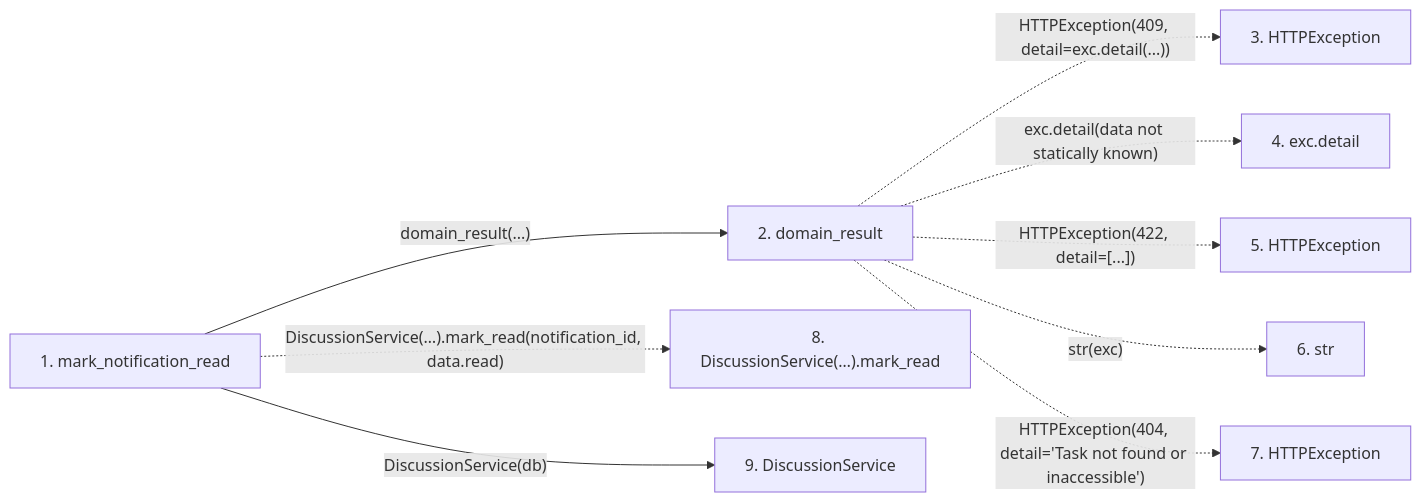
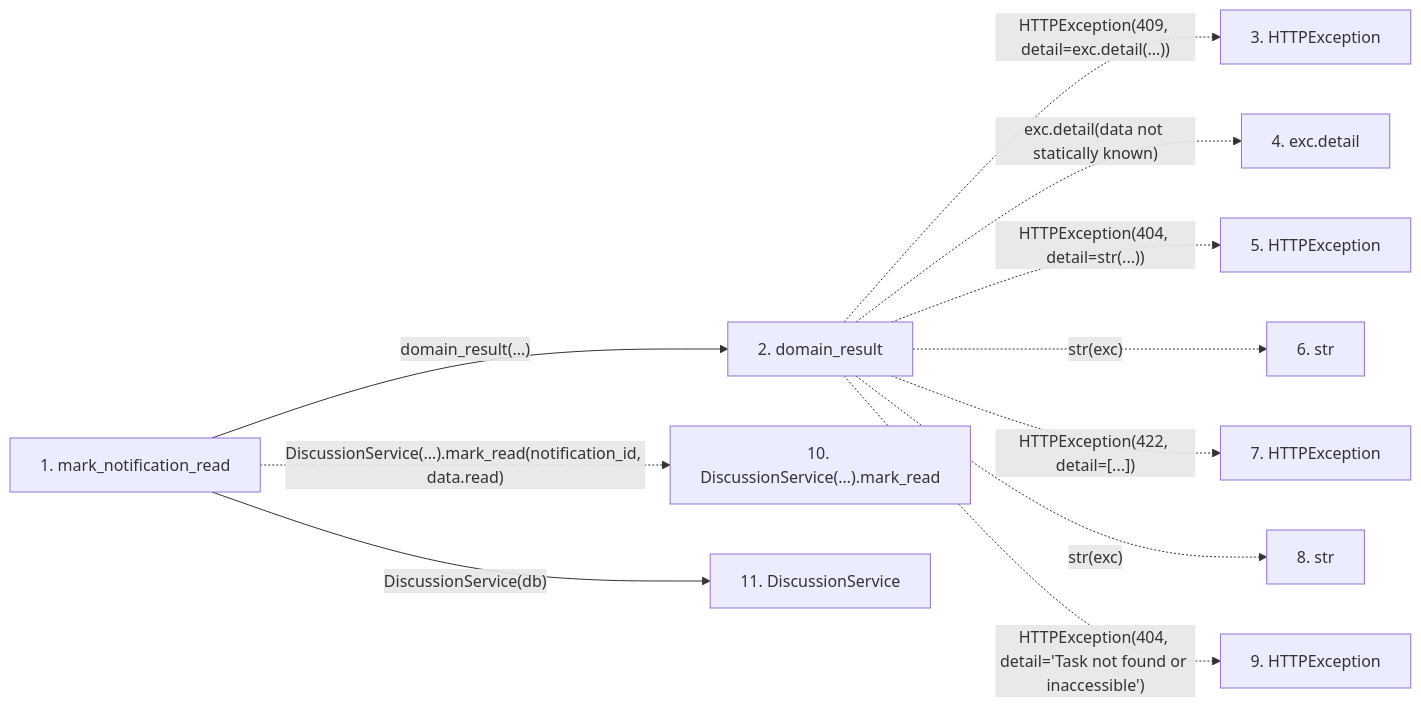
The second of 2 diagrams in docs/llm_wiki/flows/http-mark_notification_read.md (Denissvgn/WorkChord), drawn with Mermaid before and after one commit. The commit also changed other lines of this file and 6624 other files, not shown here.

````diff
--- a/docs/llm_wiki/flows/http-mark_notification_read.md
+++ b/docs/llm_wiki/flows/http-mark_notification_read.md
@@ -32,23 +34,27 @@
 ```mermaid
 flowchart LR
     s1["1. mark_notification_read"]
     s2["2. domain_result"]
     s3["3. HTTPException"]
     s4["4. exc.detail"]
     s5["5. HTTPException"]
     s6["6. str"]
     s7["7. HTTPException"]
-    s8["8. DiscussionService(…).mark_read"]
-    s9["9. DiscussionService"]
+    s8["8. str"]
+    s9["9. HTTPException"]
+    s10["10. DiscussionService(…).mark_read"]
+    s11["11. DiscussionService"]
     s1 -->|"domain_result(...)"| s2
     s2 -. "HTTPException(409, detail=exc.detail(...))" .-> s3
     s2 -. "exc.detail(data not statically known)" .-> s4
-    s2 -. "HTTPException(422, detail=[...])" .-> s5
+    s2 -. "HTTPException(404, detail=str(...))" .-> s5
     s2 -. "str(exc)" .-> s6
-    s2 -. "HTTPException(404, detail='Task not found or inaccessible')" .-> s7
-    s1 -. "DiscussionService(…).mark_read(notification_id, data.read)" .-> s8
-    s1 -->|"DiscussionService(db)"| s9
+    s2 -. "HTTPException(422, detail=[...])" .-> s7
+    s2 -. "str(exc)" .-> s8
+    s2 -. "HTTPException(404, detail='Task not found or inaccessible')" .-> s9
+    s1 -. "DiscussionService(…).mark_read(notification_id, data.read)" .-> s10
+    s1 -->|"DiscussionService(db)"| s11
     click s1 "../modules/routers_discussion.md"
     click s2 "../modules/routers_task_domain.md"
-    click s9 "../modules/discussion_service.md"
+    click s11 "../modules/discussion_service.md"
 ```
````
